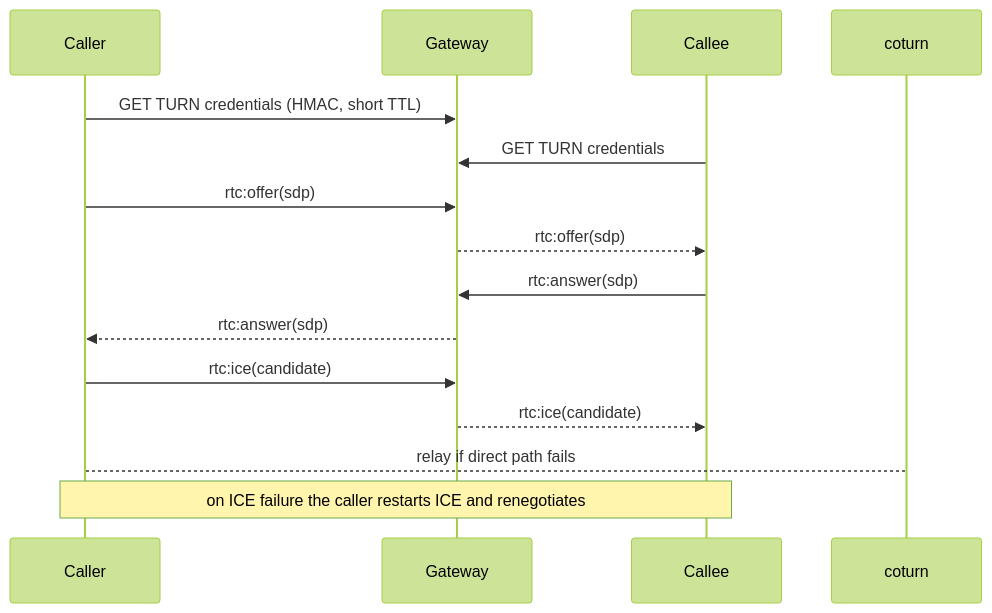
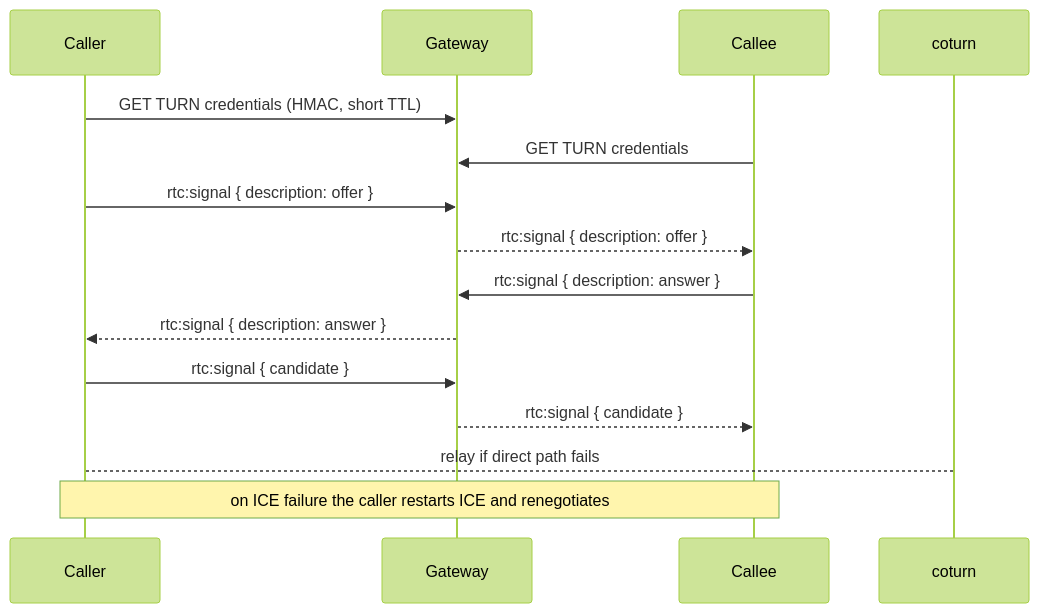
One commit to shahabwork001/parlay changed the sixth of 7 diagrams in docs/architecture.md. Above: the diagram before and after it, drawn with Mermaid (forest theme). The commit also changed other lines of this file and 20 other files, not shown here.

````diff
--- a/docs/architecture.md
+++ b/docs/architecture.md
@@ -129,17 +129,17 @@
 ```mermaid
 sequenceDiagram
   participant A as Caller
   participant G as Gateway
   participant B as Callee
   participant T as coturn
   A->>G: GET TURN credentials (HMAC, short TTL)
   B->>G: GET TURN credentials
-  A->>G: rtc:offer(sdp)
-  G-->>B: rtc:offer(sdp)
-  B->>G: rtc:answer(sdp)
-  G-->>A: rtc:answer(sdp)
-  A->>G: rtc:ice(candidate)
-  G-->>B: rtc:ice(candidate)
+  A->>G: rtc:signal { description: offer }
+  G-->>B: rtc:signal { description: offer }
+  B->>G: rtc:signal { description: answer }
+  G-->>A: rtc:signal { description: answer }
+  A->>G: rtc:signal { candidate }
+  G-->>B: rtc:signal { candidate }
   A-->T: relay if direct path fails
   Note over A,B: on ICE failure the caller restarts ICE and renegotiates
 ```
````
